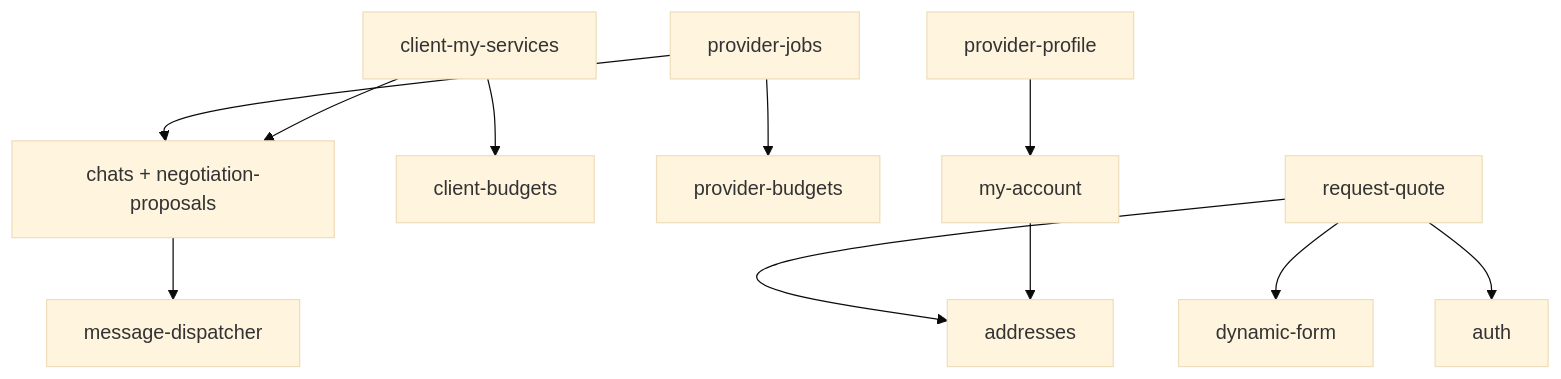
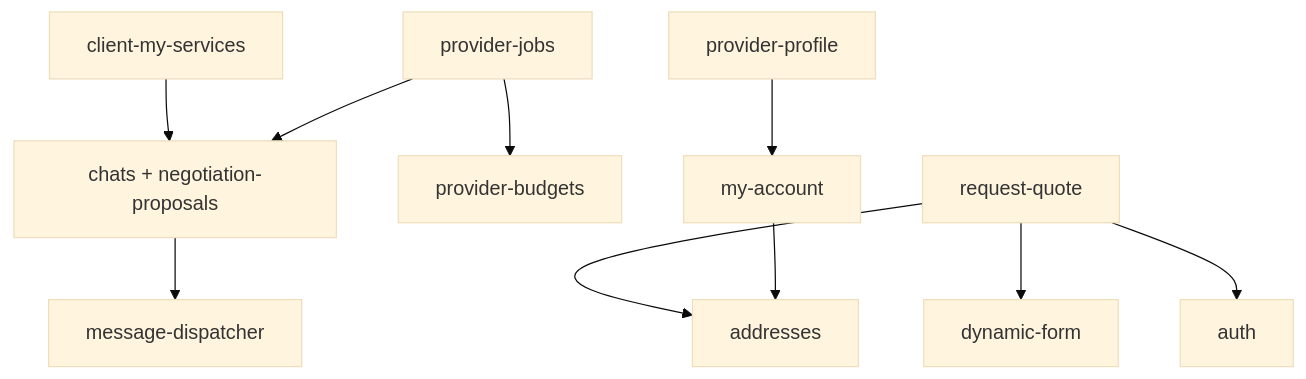
Before and after one commit to higorpo/renovi-orbit-test: the diagram in docs/business/02-mapa-de-modulos-e-features.md, drawn with Mermaid (base theme). The commit also changed other lines of this file and 107 other files, not shown here.

````diff
--- a/docs/business/02-mapa-de-modulos-e-features.md
+++ b/docs/business/02-mapa-de-modulos-e-features.md
@@ -67,25 +66,23 @@
 ```mermaid
 flowchart TB
   RQ[request-quote]
   DF[dynamic-form]
   AD[addresses]
   AU[auth]
   CM[client-my-services]
-  CB[client-budgets]
   PJ[provider-jobs]
   PB[provider-budgets]
   PP[provider-profile]
   MA[my-account]
   CH[chats + negotiation-proposals]
   MD[message-dispatcher]
   RQ --> DF
   RQ --> AD
   RQ --> AU
-  CM --> CB
+  CM --> CH
   PJ --> PB
   MA --> AD
   PP --> MA
   PJ --> CH
   CH --> MD
-  CM --> CH
 ```
````
